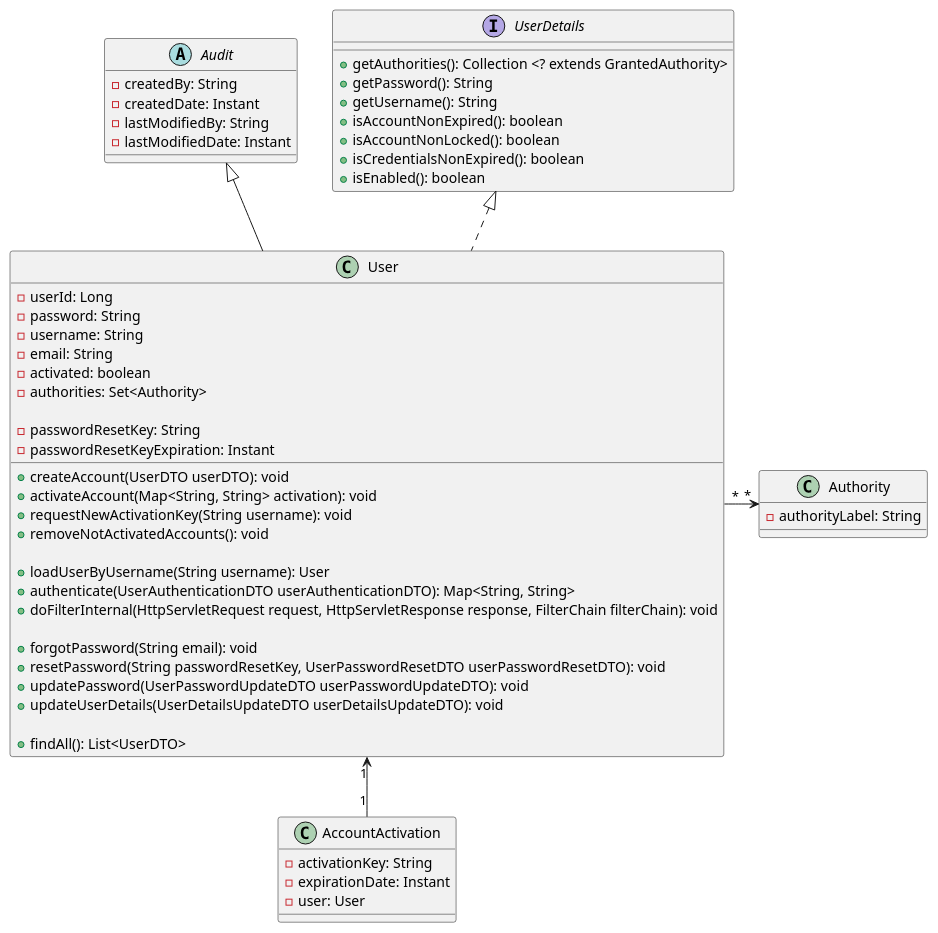
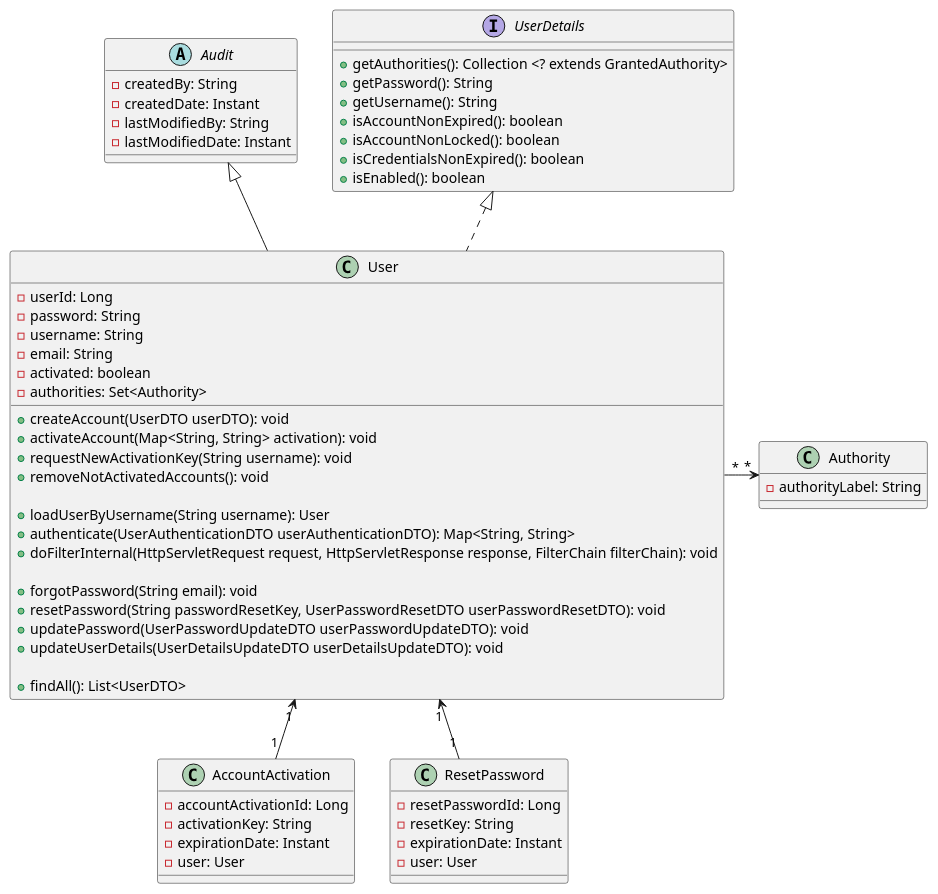
The diagram in usecases-diagramclasses/diagram-class2.puml (fatimabenzaoui/auth-springboot), drawn with PlantUML before and after one commit. The commit also changed 10 other files, not shown here.

Commit message:
externalisation de la réinitialisation du mot de passe (création d'une table ResetPassword)

```diff
--- a/usecases-diagramclasses/diagram-class2.puml
+++ b/usecases-diagramclasses/diagram-class2.puml
@@ -1,63 +1,69 @@
 @startuml shopclassdiagram
 
 User "*" -right-> "*" Authority
 User "1" <-down- "1" AccountActivation
+User "1" <-down- "1" ResetPassword
 
 abstract class Audit {
     - createdBy: String
     - createdDate: Instant
     - lastModifiedBy: String
     - lastModifiedDate: Instant
 }
 
 interface UserDetails {
     + getAuthorities(): Collection <? extends GrantedAuthority>
     + getPassword(): String
     + getUsername(): String
     + isAccountNonExpired(): boolean
     + isAccountNonLocked(): boolean
     + isCredentialsNonExpired(): boolean
     + isEnabled(): boolean
 }
 
 class User extends Audit
 class User implements UserDetails
 class User {
     - userId: Long
     - password: String
-    - username: String  
+    - username: String
     - email: String
     - activated: boolean
     - authorities: Set<Authority>
-
-    - passwordResetKey: String
-    - passwordResetKeyExpiration: Instant
 
     + createAccount(UserDTO userDTO): void
     + activateAccount(Map<String, String> activation): void
     + requestNewActivationKey(String username): void
     + removeNotActivatedAccounts(): void
 
     + loadUserByUsername(String username): User
     + authenticate(UserAuthenticationDTO userAuthenticationDTO): Map<String, String>
     + doFilterInternal(HttpServletRequest request, HttpServletResponse response, FilterChain filterChain): void
 
     + forgotPassword(String email): void
     + resetPassword(String passwordResetKey, UserPasswordResetDTO userPasswordResetDTO): void
     + updatePassword(UserPasswordUpdateDTO userPasswordUpdateDTO): void
     + updateUserDetails(UserDetailsUpdateDTO userDetailsUpdateDTO): void
 
     + findAll(): List<UserDTO>
 }
 
 class Authority {
     - authorityLabel: String
 }
 
 class AccountActivation {
+    - accountActivationId: Long
     - activationKey: String
     - expirationDate: Instant
     - user: User
 }
 
+class ResetPassword {
+    - resetPasswordId: Long
+    - resetKey: String
+    - expirationDate: Instant
+    - user: User
+}
+
 @enduml
```
